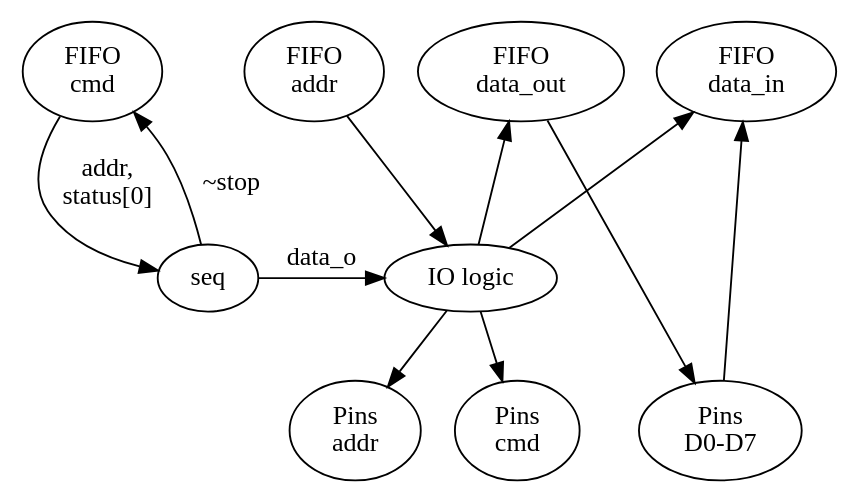
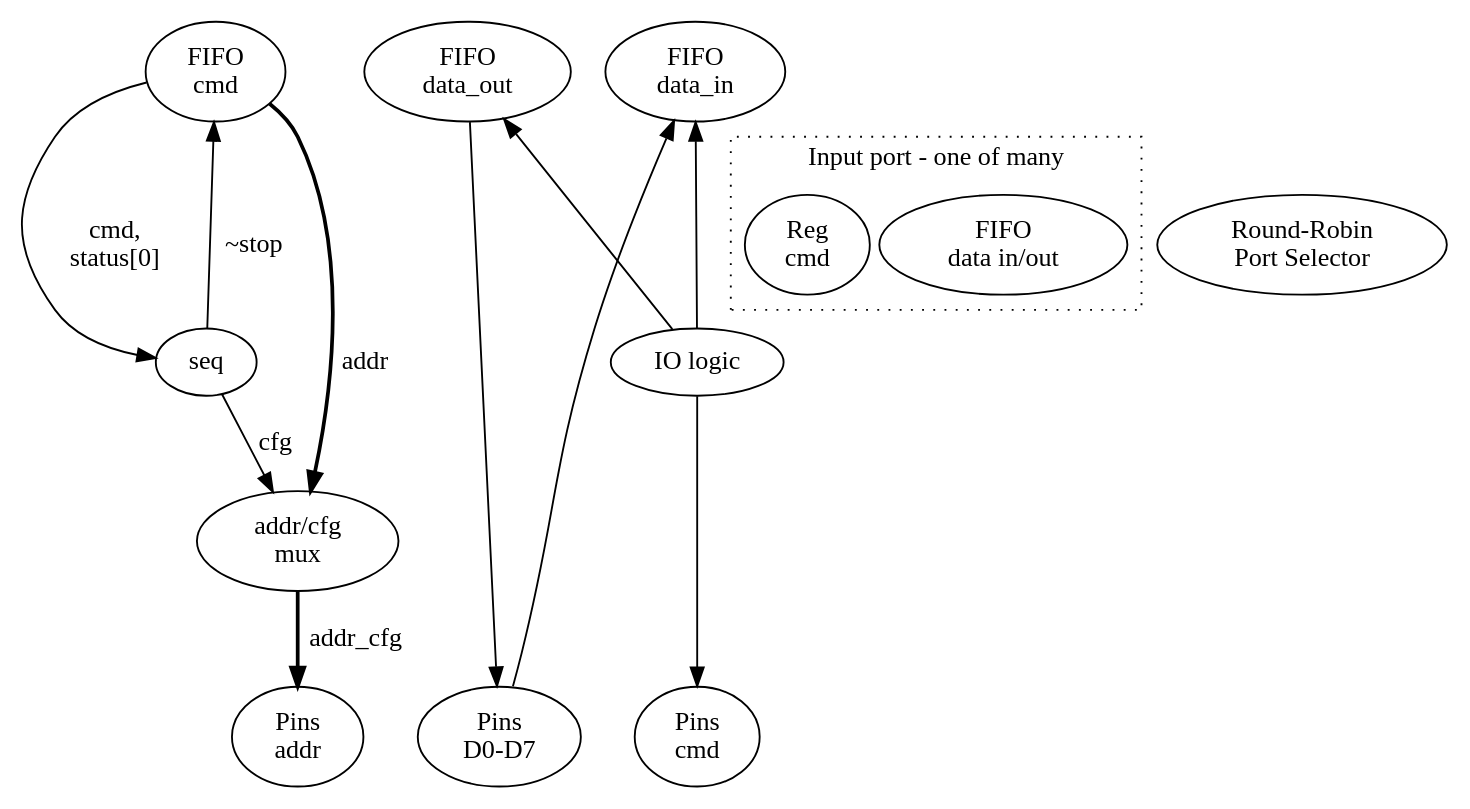
Before and after one commit to tomek-szczesny/ice40_lib: the diagram in sdram/sdram.dot, drawn with Graphviz.

Commit message:
Graph development

```diff
--- a/sdram/sdram.dot
+++ b/sdram/sdram.dot
@@ -1,46 +1,27 @@
 digraph {
 //	newrank=true;
+
+	{rank="source";	<FIFO\ncmd>; <FIFO\ndata_out>; <FIFO\ndata_in>}
+	{rank="same"; <seq>}
+	{rank="sink"; <Pins\naddr>; <Pins\ncmd>; <Pins\nD0-D7>}
+
+	subgraph cluster_port {
+	label="Input port - one of many";
+		graph[style=dotted];
+		<FIFO\ndata in/out>
+		<Reg\ncmd>
+	}
+	<FIFO\ndata in/out><Round-Robin\nPort Selector>
+
+	<FIFO\ncmd> -> <seq> [label="cmd,\nstatus[0]"]
+	<seq> -> <FIFO\ncmd> [label="~stop"]
+
+	<seq> -> <addr/cfg\nmux> [label="cfg"]
+	<addr/cfg\nmux> -> <Pins\naddr> [label="addr_cfg"; style="bold"]
+	<FIFO\ncmd> -> <addr/cfg\nmux> [label="addr"; style="bold"]
 	
 
-	{rank="source";	<FIFO\ncmd>; <FIFO\naddr>; <FIFO\ndata_out>; <FIFO\ndata_in>}
-	{rank="same"; <seq>; <IO logic>}
-	{rank="sink"; <Pins\naddr>; <Pins\ncmd>; <Pins\nD0-D7>}
-
-	subgraph cluster_core_if {
-	rank="souce";
-	label="Core Interface";
-		graph[style=dotted];
-		<FIFO\ncmd>
-		<FIFO\ndata_out>
-		<FIFO\ndata_in>
-
-	}
-
-	subgraph cluster_logic {
-	label="Logic";
-	graph[style=dotted];
-	rank="same";
-		<seq>
-		<IO logic>
-	}
-
-	subgraph cluster_pins {
-	rank="sink";
-	label="FPGA Pins";
-		graph[style=dotted];
-		<Pins\naddr>
-		<Pins\ncmd>
-		<Pins\nD0-D7>
-	}
-	{node[style=filled][color=lightgreen];
-	}
-
-	<FIFO\ncmd> -> <seq> [label="addr,\nstatus[0]"]
-	<seq> -> <FIFO\ncmd> [label="~stop"]
-	<seq> -> <IO logic> [label="data_o"]
-	<IO logic> -> <Pins\naddr>
 	<IO logic> -> <Pins\ncmd>
 	<IO logic> -> <FIFO\ndata_out> -> <Pins\nD0-D7> -> <FIFO\ndata_in>
 	<IO logic> -> <FIFO\ndata_in>
-	<FIFO\naddr> -> <IO logic>
 }
```
